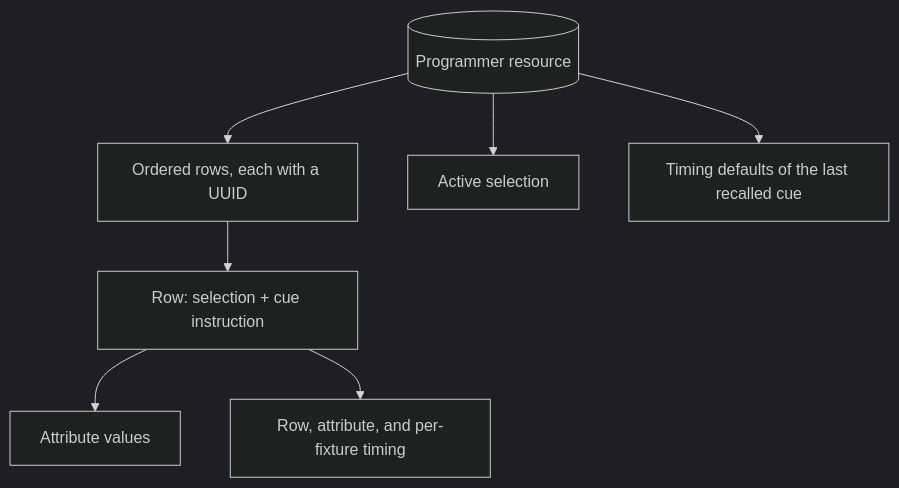
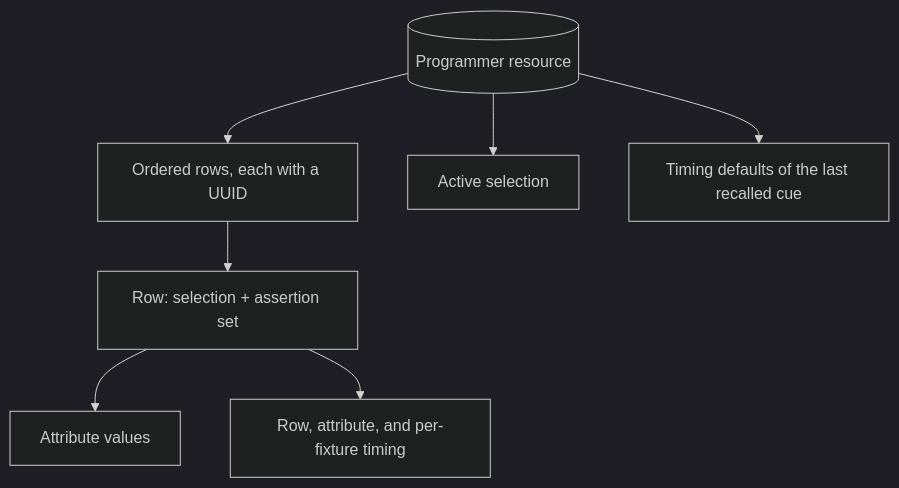
The first of 4 diagrams in docs/internal/src/domains/programmer.md (stewartadam/nightfall-lightdesk), drawn with Mermaid (dark theme) before and after one commit. The commit also changed other lines of this file and 7 other files, not shown here.

````diff
--- a/docs/internal/src/domains/programmer.md
+++ b/docs/internal/src/domains/programmer.md
@@ -15,18 +15,18 @@
 ```mermaid
 flowchart TB
   accTitle: Contents of the programmer
-  accDescr: The programmer resource holds an ordered list of rows, an active selection, and the timing defaults of the last recalled cue. Each row pairs a selection with a cue instruction, which carries attribute values and timing.
+  accDescr: The programmer resource holds an ordered list of rows, an active selection, and the timing defaults of the last recalled cue. Each row pairs a selection with an assertion set, which carries attribute values and timing.
   programmer[(Programmer resource)]
   rows[Ordered rows, each with a UUID]
   selection[Active selection]
   recalled[Timing defaults of the last recalled cue]
-  row["Row: selection + cue instruction"]
+  row["Row: selection + assertion set"]
   values[Attribute values]
   timing[Row, attribute, and per-fixture timing]
   programmer --> rows
   programmer --> selection
   programmer --> recalled
   rows --> row
   row --> values
   row --> timing
 ```
````
